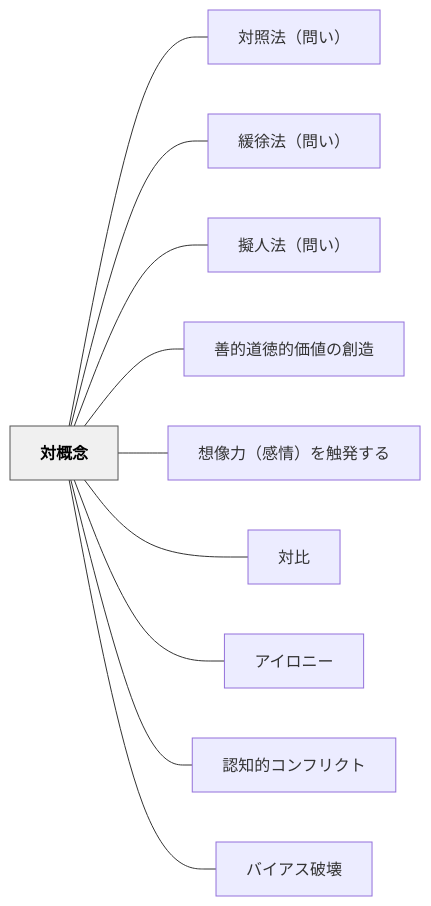
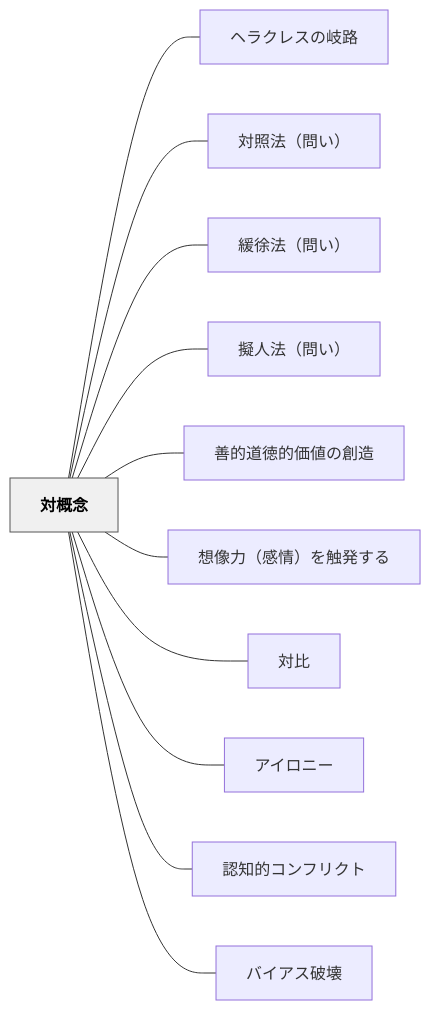
Before and after one commit to unknownthings-ed-patterns/unknownthings-ed-patterns: the diagram in content/パタン/対概念.md, drawn with Mermaid. The commit also changed other lines of this file and 19 other files, not shown here.

````diff
--- a/content/パタン/対概念.md
+++ b/content/パタン/対概念.md
@@ -52,26 +53,28 @@
 ```mermaid
 flowchart LR
     ne5afbee6a682e5bfb5["対概念"]
+    ne38398e383a9e382afe383ace382b9e381aee5b290e8b7af["ヘラクレスの岐路"]
     ne5afbee785a7e6b395efbc88e5958fe38184efbc89["対照法（問い）"]
     ne7b7a9e5be90e6b395efbc88e5958fe38184efbc89["緩徐法（問い）"]
     ne693ace4babae6b395efbc88e5958fe38184efbc89["擬人法（問い）"]
     ne59684e79a84e98193e5beb3e79a84e4bea1e580a4e381aee589b5e980a0["善的道徳的価値の創造"]
     ne683b3e5838fe58a9befbc88e6849fe68385efbc89e38292e8a7a6e799bae38199e3828b["想像力（感情）を触発する"]
     ne5afbee6af94["対比"]
     ne382a2e382a4e383ade3838be383bc["アイロニー"]
     ne8aa8de79fa5e79a84e382b3e383b3e38395e383aae382afe38388["認知的コンフリクト"]
     ne38390e382a4e382a2e382b9e7a0b4e5a38a["バイアス破壊"]
 
+    ne5afbee6a682e5bfb5 --- ne38398e383a9e382afe383ace382b9e381aee5b290e8b7af
     ne5afbee6a682e5bfb5 --- ne5afbee785a7e6b395efbc88e5958fe38184efbc89
     ne5afbee6a682e5bfb5 --- ne7b7a9e5be90e6b395efbc88e5958fe38184efbc89
     ne5afbee6a682e5bfb5 --- ne693ace4babae6b395efbc88e5958fe38184efbc89
     ne5afbee6a682e5bfb5 --- ne59684e79a84e98193e5beb3e79a84e4bea1e580a4e381aee589b5e980a0
     ne5afbee6a682e5bfb5 --- ne683b3e5838fe58a9befbc88e6849fe68385efbc89e38292e8a7a6e799bae38199e3828b
     ne5afbee6a682e5bfb5 --- ne5afbee6af94
     ne5afbee6a682e5bfb5 --- ne382a2e382a4e383ade3838be383bc
     ne5afbee6a682e5bfb5 --- ne8aa8de79fa5e79a84e382b3e383b3e38395e383aae382afe38388
     ne5afbee6a682e5bfb5 --- ne38390e382a4e382a2e382b9e7a0b4e5a38a
 
     classDef hub fill:#f0f0f0,stroke:#555,color:#000,font-weight:bold
     class ne5afbee6a682e5bfb5 hub
 ```
````
